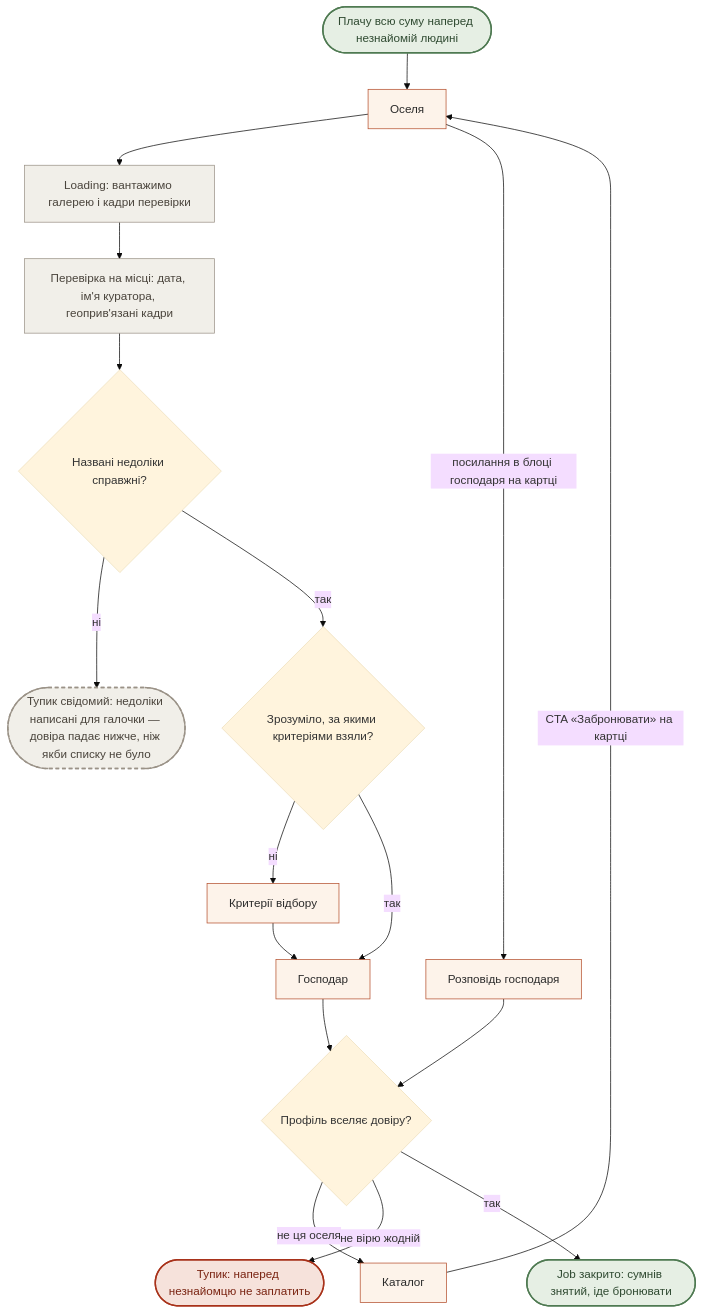
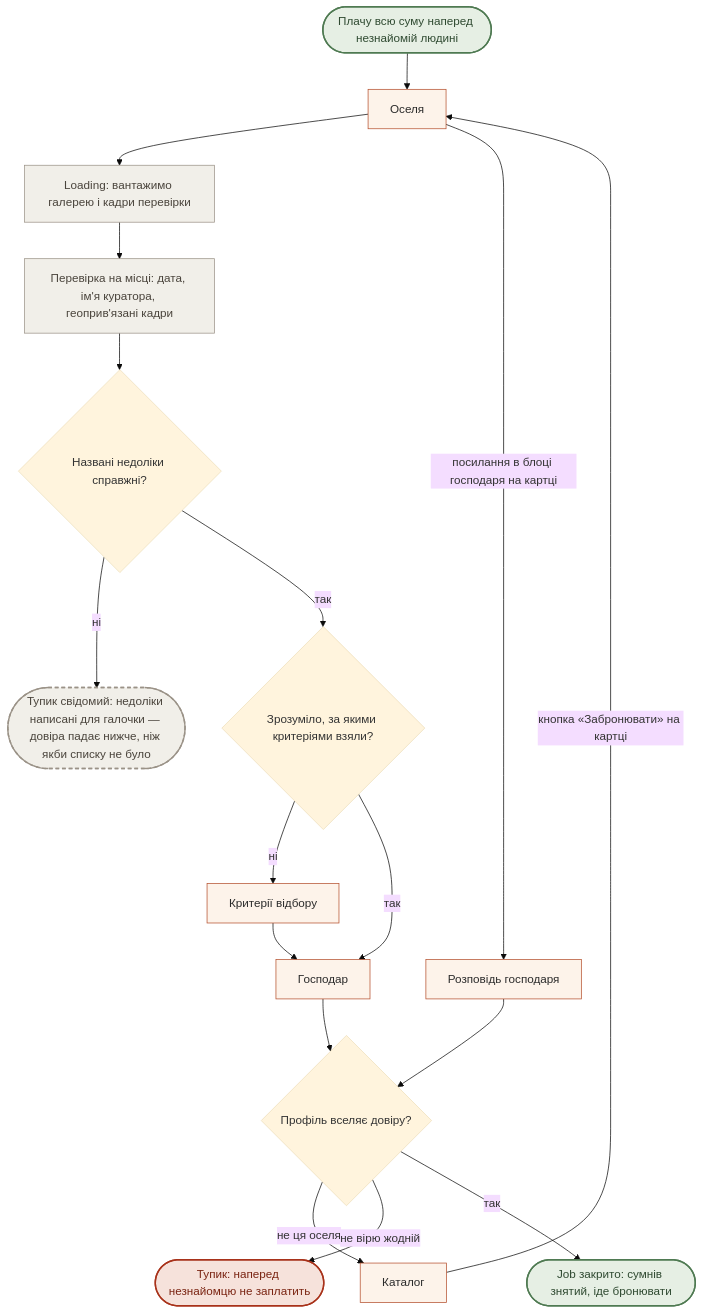
One commit to sofiya5395870-sys/khata-v-seli changed the second of 5 diagrams in ia/flows.md. Above: the diagram before and after it, drawn with Mermaid (base theme). The commit also changed 3 other files, not shown here.

````diff
--- a/ia/flows.md
+++ b/ia/flows.md
@@ -114,32 +114,32 @@
 ```mermaid
 flowchart TD
     Start([Плачу всю суму наперед незнайомій людині]) --> House[Оселя]
     House --> Load["Loading: вантажимо галерею і кадри перевірки"]
     Load --> Proof["Перевірка на місці: дата, ім'я куратора, геоприв'язані кадри"]
     Proof --> Flaws{Названі недоліки справжні?}
     Flaws -->|ні| DeadFake(["Тупик свідомий: недоліки написані для галочки — довіра падає нижче, ніж якби списку не було"])
     Flaws -->|так| Why{Зрозуміло, за якими критеріями взяли?}
 
     Why -->|ні| Crit[Критерії відбору]
     Crit --> Owner[Господар]
     Why -->|так| Owner
 
     House -->|посилання в блоці господаря на картці| Talk[Розповідь господаря]
     Talk --> Trust
     Owner --> Trust{Профіль вселяє довіру?}
     Trust -->|не ця оселя| Cat[Каталог]
-    Cat -->|CTA «Забронювати» на картці| House
+    Cat -->|кнопка «Забронювати» на картці| House
     Trust -->|не вірю жодній| DeadTrust(["Тупик: наперед незнайомцю не заплатить"])
     Trust -->|так| Win(["Job закрито: сумнів знятий, іде бронювати"])
 
     classDef screen fill:#fdf3ea,stroke:#b5502e,color:#2b2b2b
     classDef state fill:#f1efe9,stroke:#9a9287,color:#4a443c
     classDef dead fill:#f6e2db,stroke:#a8321a,stroke-width:2px,color:#7a2412
     classDef kept fill:#f1efe9,stroke:#9a9287,stroke-width:2px,stroke-dasharray:5 4,color:#4a443c
     classDef win fill:#e6efe4,stroke:#4f7a52,stroke-width:2px,color:#2f4a31
     class House,Cat,Crit,Owner,Talk screen
     class Load,Proof state
     class DeadTrust dead
     class DeadFake kept
     class Win,Start win
 ```
````
